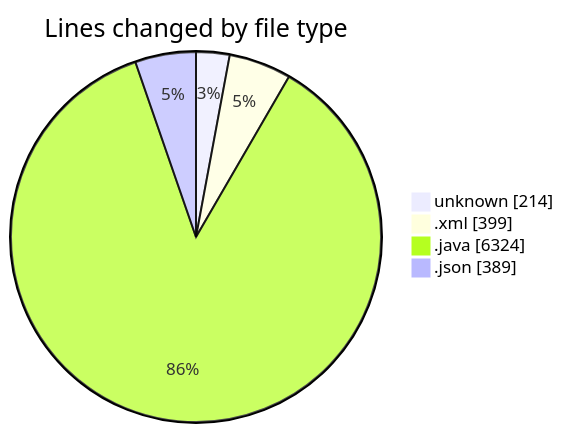
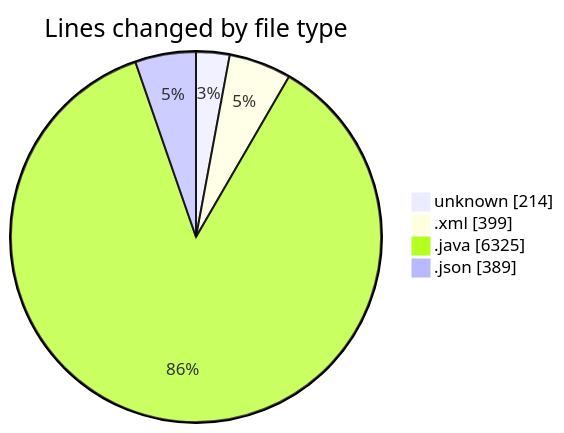
Before and after one commit to charlie-sans/code-tracking: the first of 2 diagrams in 2025-02-24/micros/README.md, drawn with Mermaid. The commit also changed other lines of this file and 1 other file, not shown here.

````diff
--- a/2025-02-24/micros/README.md
+++ b/2025-02-24/micros/README.md
@@ -39,8 +39,8 @@
 ```mermaid
 pie showData
 title Lines changed by file type
 "unknown" : 214
 ".xml" : 399
-".java" : 6324
+".java" : 6325
 ".json" : 389
 ```
````
